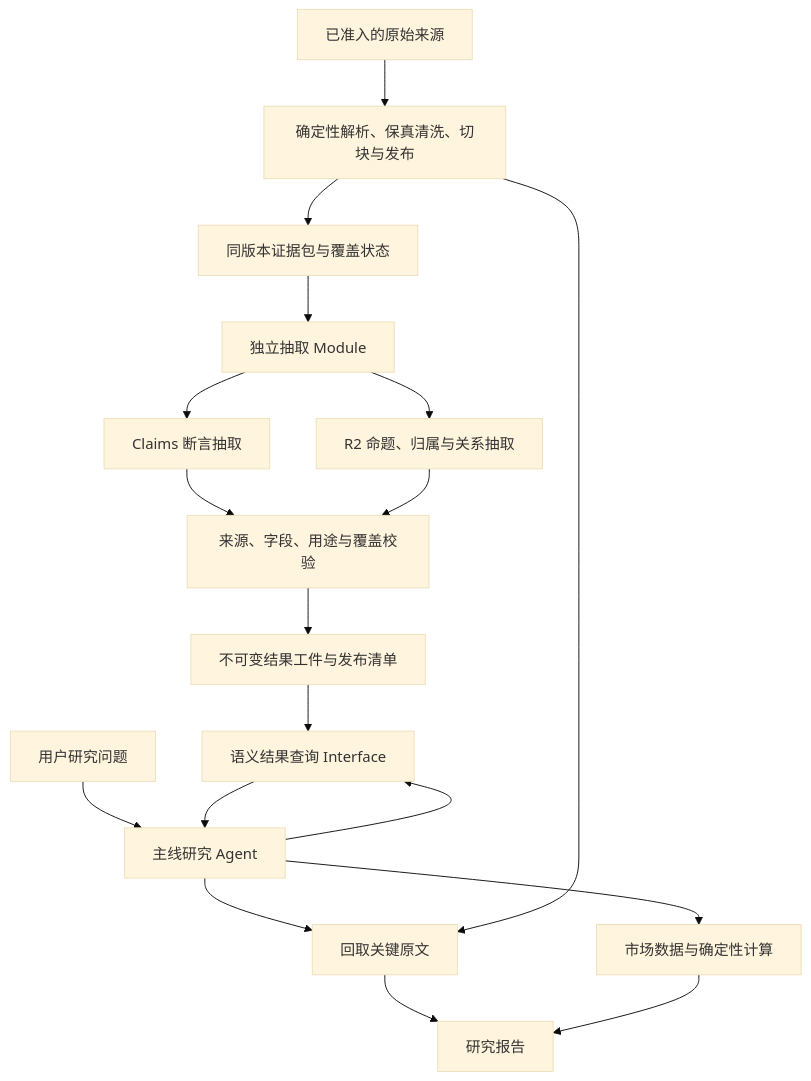
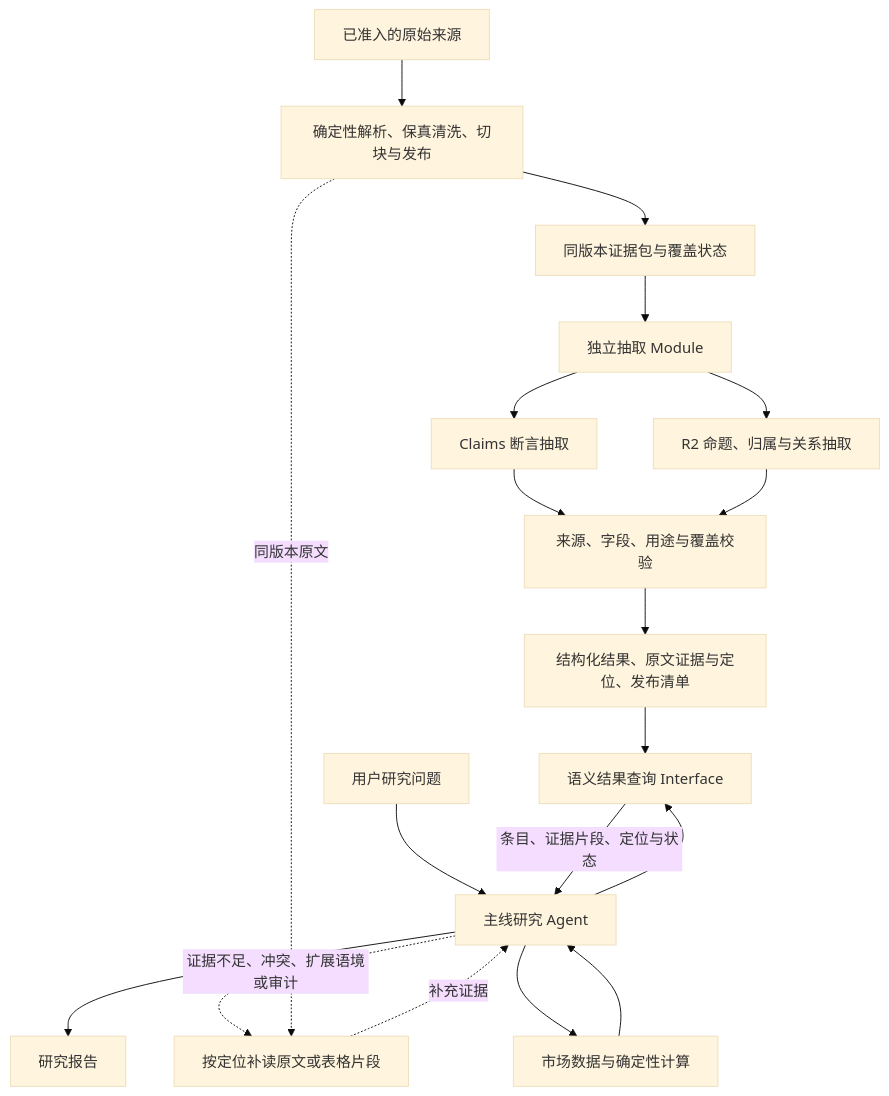
The diagram in .scratch/claims-r2-role-isolation/report.md (lilysohot/ai-Strategy_Research), drawn with Mermaid (base theme) before and after one commit. The commit also changed other lines of this file and 5 other files, not shown here.

````diff
--- a/.scratch/claims-r2-role-isolation/report.md
+++ b/.scratch/claims-r2-role-isolation/report.md
@@ -34,20 +34,21 @@
 ```mermaid
 flowchart TD
     A[已准入的原始来源] --> B[确定性解析、保真清洗、切块与发布]
     B --> C[同版本证据包与覆盖状态]
     C --> D[独立抽取 Module]
     D --> E[Claims 断言抽取]
     D --> F[R2 命题、归属与关系抽取]
     E --> G[来源、字段、用途与覆盖校验]
     F --> G
-    G --> H[不可变结果工件与发布清单]
+    G --> H[结构化结果、原文证据与定位、发布清单]
     H --> I[语义结果查询 Interface]
     J[用户研究问题] --> K[主线研究 Agent]
     K --> I
-    I --> K
-    K --> L[回取关键原文]
-    B --> L
+    I -->|条目、证据片段、定位与状态| K
+    K --> N[研究报告]
+    K -. 证据不足、冲突、扩展语境或审计 .-> L[按定位补读原文或表格片段]
+    B -. 同版本原文 .-> L
+    L -. 补充证据 .-> K
     K --> M[市场数据与确定性计算]
-    L --> N[研究报告]
-    M --> N
+    M --> K
 ```
````
